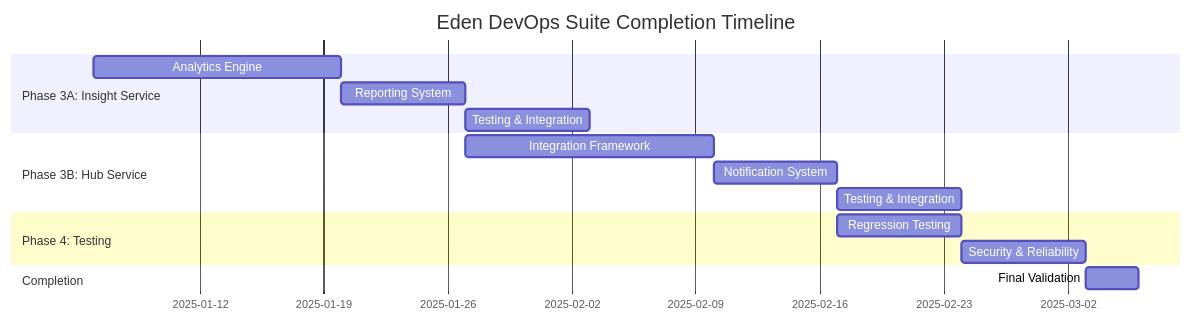
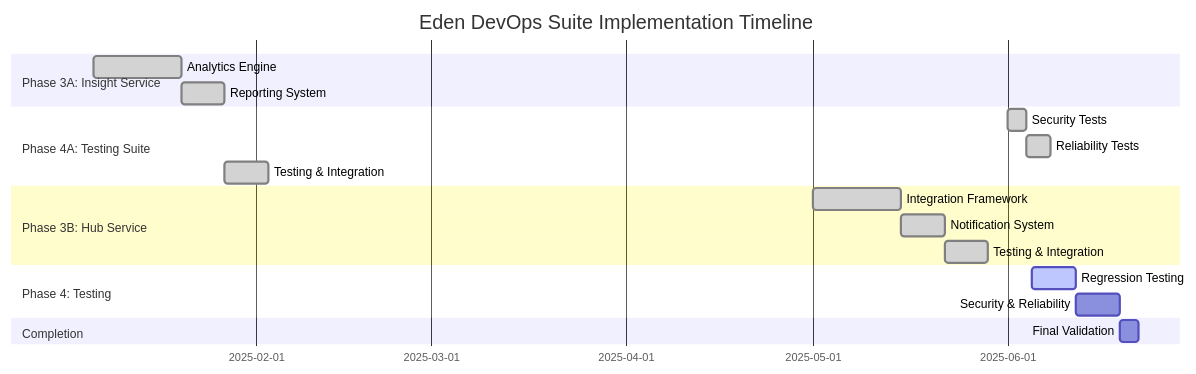
The diagram in docs/development/EDEN_COMPLETION_ROADMAP_2025.md (ataiva-software/vertex), drawn with Mermaid before and after one commit. The commit also changed other lines of this file and 6 other files, not shown here.

First line of the commit message:
feat: Implement comprehensive security and reliability regression tests

````diff
--- a/docs/development/EDEN_COMPLETION_ROADMAP_2025.md
+++ b/docs/development/EDEN_COMPLETION_ROADMAP_2025.md
@@ -312,18 +324,21 @@
 ```mermaid
 gantt
-    title Eden DevOps Suite Completion Timeline
+    title Eden DevOps Suite Implementation Timeline
     dateFormat  YYYY-MM-DD
     section Phase 3A: Insight Service
-    Analytics Engine        :insight1, 2025-01-06, 14d
-    Reporting System        :insight2, after insight1, 7d
-    Testing & Integration   :insight3, after insight2, 7d
+    Analytics Engine        :done, insight1, 2025-01-06, 14d
+    Reporting System        :done, insight2, after insight1, 7d
+    section Phase 4A: Testing Suite
+    Security Tests          :done, security1, 2025-06-01, 3d
+    Reliability Tests       :done, reliability1, after security1, 4d
+    Testing & Integration   :done, insight3, after insight2, 7d
     section Phase 3B: Hub Service
-    Integration Framework   :hub1, 2025-01-27, 14d
-    Notification System     :hub2, after hub1, 7d
-    Testing & Integration   :hub3, after hub2, 7d
+    Integration Framework   :done, hub1, 2025-05-01, 14d
+    Notification System     :done, hub2, after hub1, 7d
+    Testing & Integration   :done, hub3, after hub2, 7d
     section Phase 4: Testing
-    Regression Testing      :test1, 2025-02-17, 7d
+    Regression Testing      :active, test1, 2025-06-05, 7d
     Security & Reliability  :test2, after test1, 7d
     section Completion
     Final Validation        :final, after test2, 3d
 ```
````
